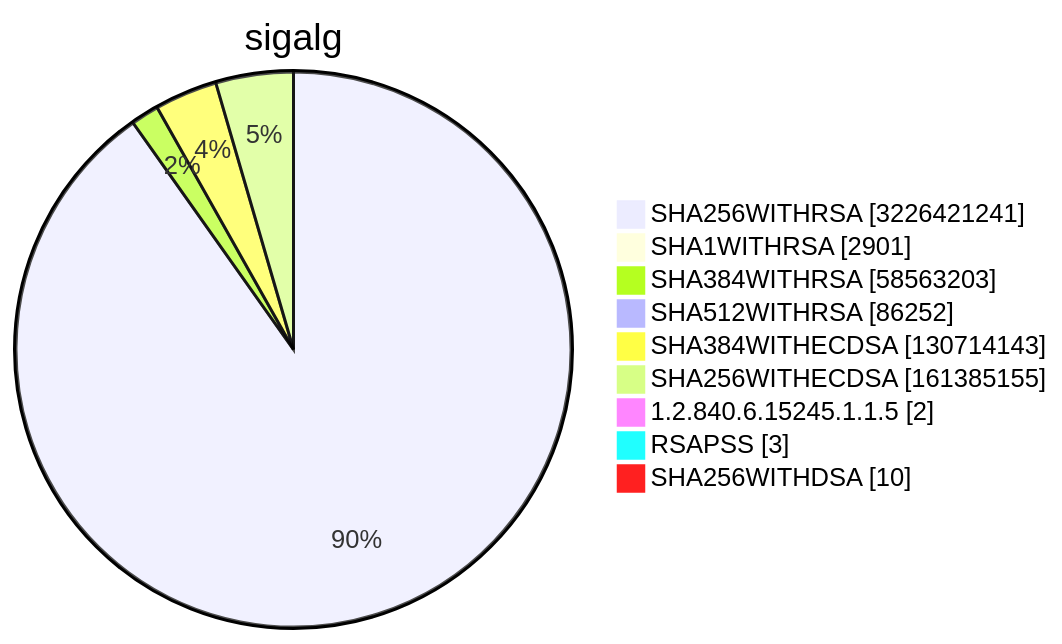
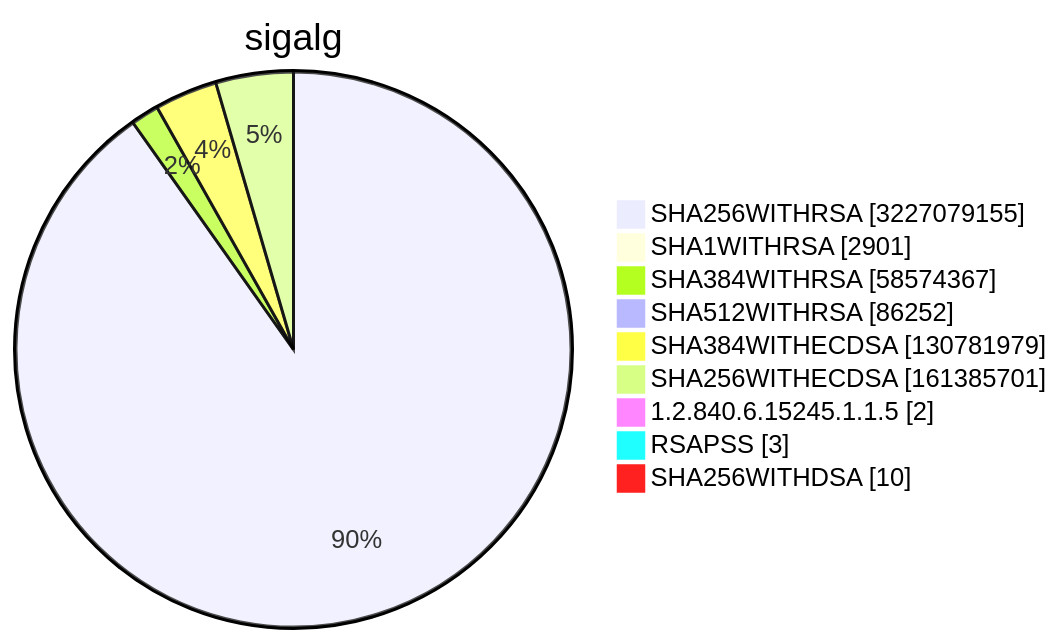
Diagram 15 of 15 in TOTAL/README.md (christiankrug/ctmonitor_visualization), drawn with Mermaid before and after one commit. The commit also changed other lines of this file, not shown here.

````diff
--- a/TOTAL/README.md
+++ b/TOTAL/README.md
@@ -6217,13 +6217,13 @@
 ```mermaid
 pie showData
 title sigalg
-"SHA256WITHRSA" :3226421241
+"SHA256WITHRSA" :3227079155
 "SHA1WITHRSA" :2901
-"SHA384WITHRSA" :58563203
+"SHA384WITHRSA" :58574367
 "SHA512WITHRSA" :86252
-"SHA384WITHECDSA" :130714143
-"SHA256WITHECDSA" :161385155
+"SHA384WITHECDSA" :130781979
+"SHA256WITHECDSA" :161385701
 "1.2.840.6.15245.1.1.5" :2
 "RSAPSS" :3
 "SHA256WITHDSA" :10
 ```
````
